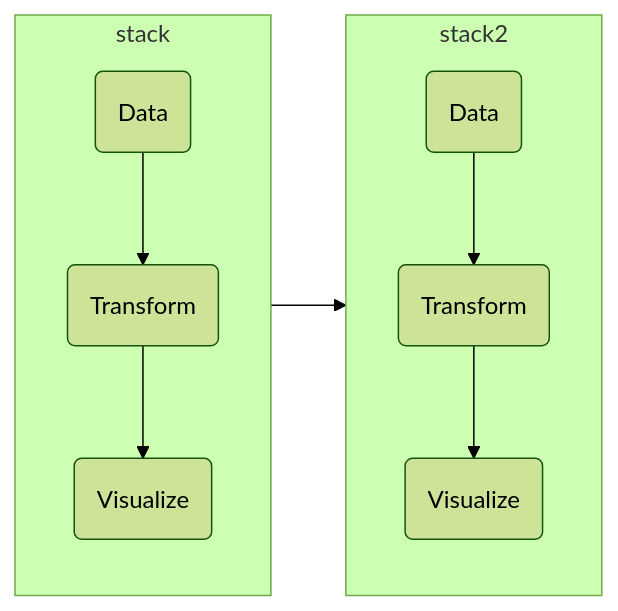
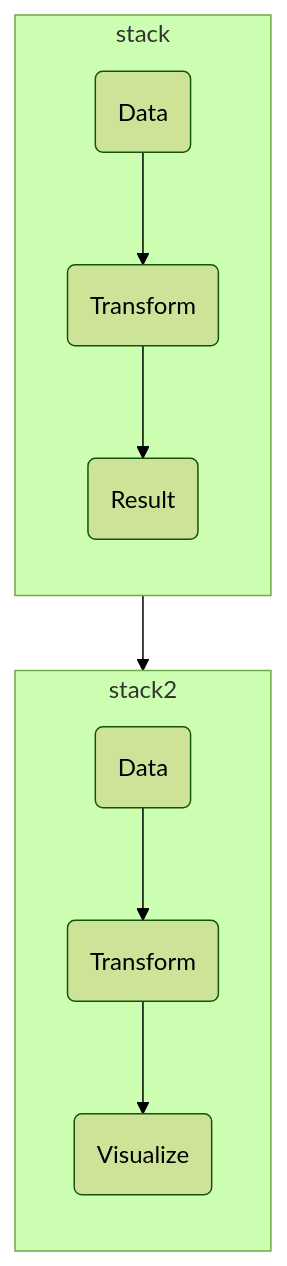
One commit to BristolMyersSquibb/useR2024 changed the fifth of 5 diagrams in index.qmd. Above: the diagram before and after it, drawn with Mermaid (forest theme). The commit also changed other lines of this file and 4 other files, not shown here.

````diff
--- a/index.qmd
+++ b/index.qmd
@@ -164,19 +295,19 @@
 ```{mermaid}
-%%| fig-width: 6
-flowchart LR
+%%| mermaid-format: svg
+flowchart TD
   subgraph stack
     direction TB
     input_1(Data);
     transform_1(Transform);
-    output_1(Visualize);
+    output_1(Result);
     input_1 --> transform_1 --> output_1;
   end
-  stack --> stack2
+  output_1 --> input_2
   subgraph stack2
     direction TB
     input_2(Data);
     transform_2(Transform);
     output_2(Visualize);
     input_2 --> transform_2 --> output_2;
   end
 ```
````
